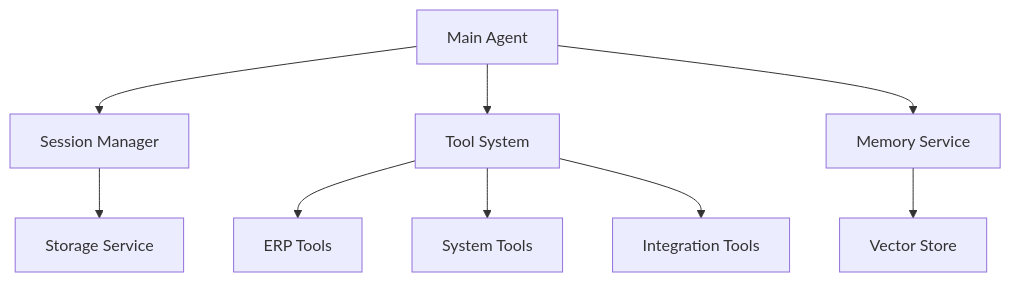
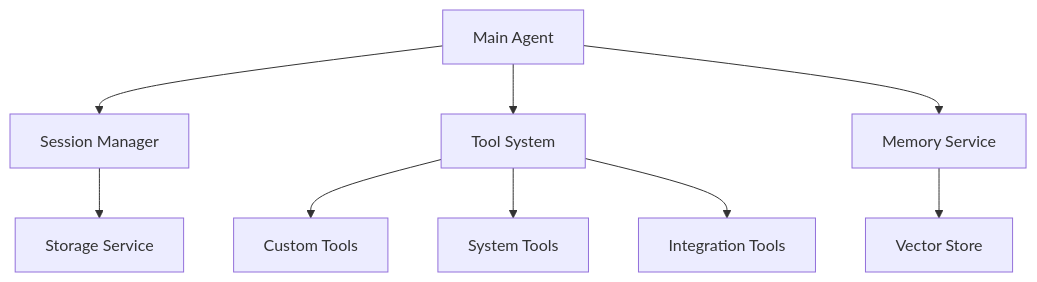
One commit to vic-mwenda/agent-impl changed the diagram in README.md. Above: the diagram before and after it, drawn with Mermaid. The commit also changed other lines of this file and 8 other files, not shown here.

Commit message:
refactor: remove architecture diagram, update README and config for intelligent management agent, add database configuration and new tools

````diff
--- a/README.md
+++ b/README.md
@@ -108,11 +108,11 @@
 ```mermaid
 graph TD
     A[Main Agent] --> B[Session Manager]
     A --> C[Tool System]
     A --> D[Memory Service]
-    C --> E[ERP Tools]
+    C --> E[Custom Tools]
     C --> F[System Tools]
     C --> G[Integration Tools]
     B --> H[Storage Service]
     D --> I[Vector Store]
 ```
````
